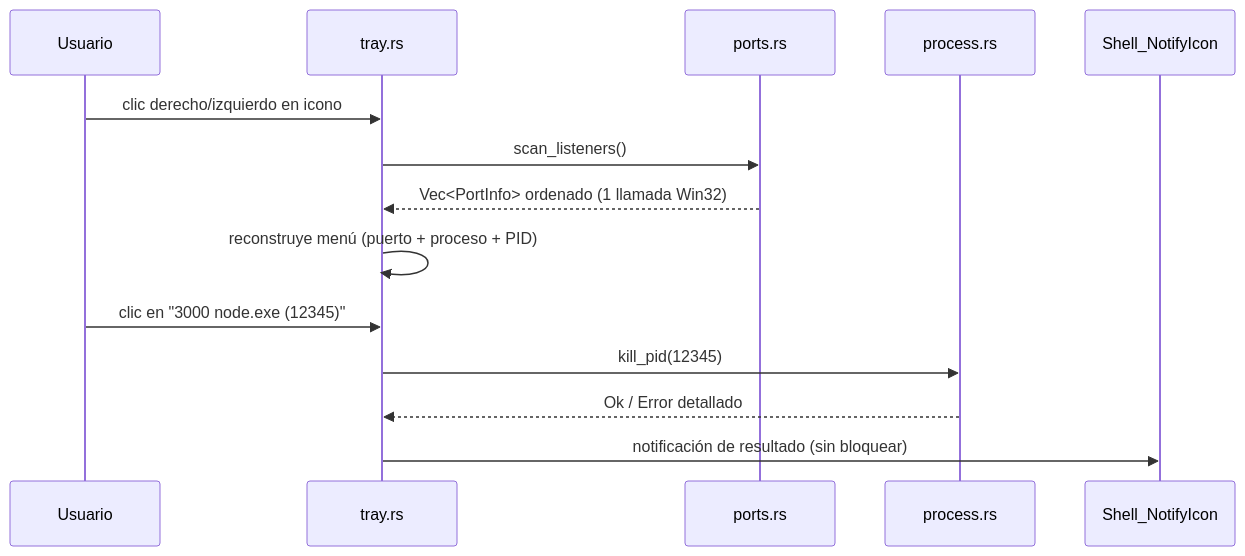
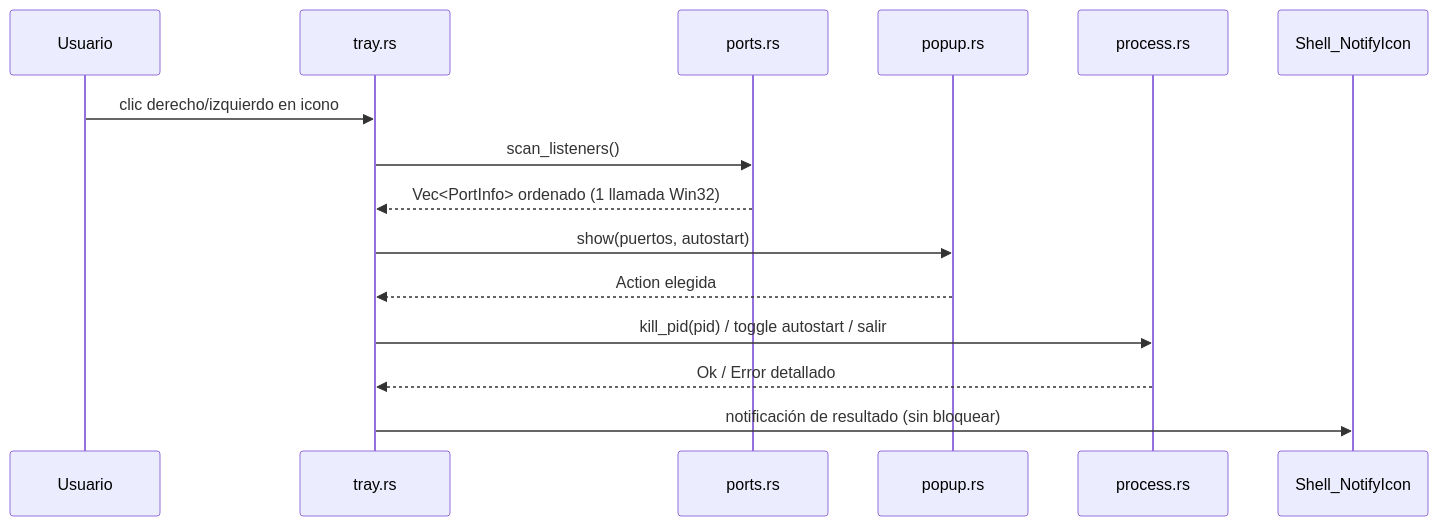
Before and after one commit to 1ndoryu/gloryport: the second of 2 diagrams in docs/arquitectura.md, drawn with Mermaid. The commit also changed other lines of this file and 5 other files, not shown here.

Commit message:
docs: popup Wispr Flow, fix de clic, fuentes y evidencia del bloque 128A-7

````diff
--- a/docs/arquitectura.md
+++ b/docs/arquitectura.md
@@ -68,16 +71,17 @@
 ```mermaid
 sequenceDiagram
     participant U as Usuario
     participant T as tray.rs
     participant P as ports.rs
+    participant M as popup.rs
     participant K as process.rs
     participant N as Shell_NotifyIcon
     U->>T: clic derecho/izquierdo en icono
     T->>P: scan_listeners()
     P-->>T: Vec<PortInfo> ordenado (1 llamada Win32)
-    T->>T: reconstruye menú (puerto + proceso + PID)
-    U->>T: clic en "3000 node.exe (12345)"
-    T->>K: kill_pid(12345)
+    T->>M: show(puertos, autostart)
+    M-->>T: Action elegida
+    T->>K: kill_pid(pid) / toggle autostart / salir
     K-->>T: Ok / Error detallado
     T->>N: notificación de resultado (sin bloquear)
 ```
````
